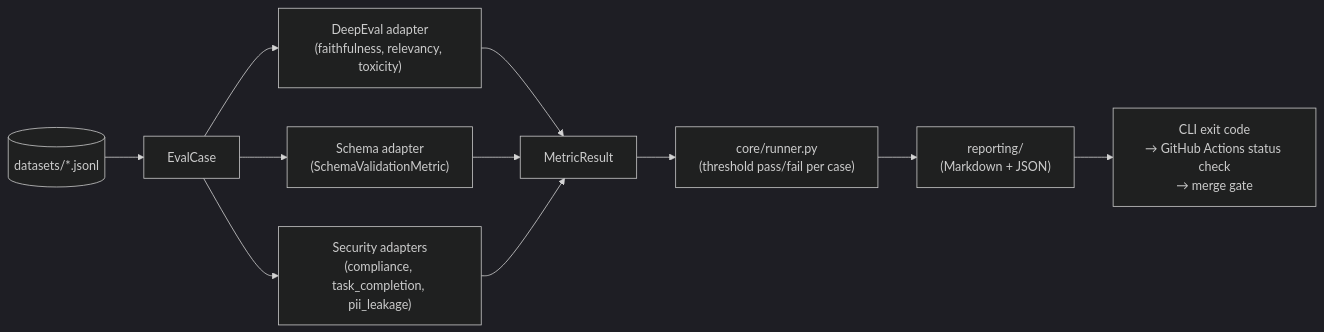
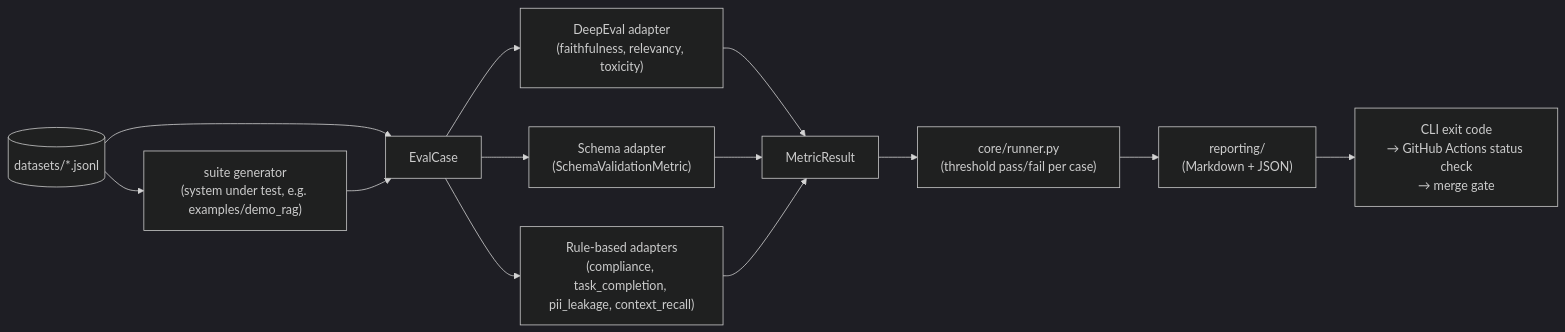
Before and after one commit to PimySoft/llm-eval-guard: the first of 3 diagrams in docs/architecture.md, drawn with Mermaid (dark theme). The commit also changed other lines of this file and 15 other files, not shown here.

First line of the commit message:
Add suite generator hook, context_recall metric and demo-rag CI gate (Phase 9)

````diff
--- a/docs/architecture.md
+++ b/docs/architecture.md
@@ -9,13 +9,15 @@
 ```mermaid
 flowchart LR
     D[("datasets/*.jsonl")] --> E[EvalCase]
+    D --> G["suite generator\n(system under test, e.g. examples/demo_rag)"]
+    G --> E
     E --> M1["DeepEval adapter\n(faithfulness, relevancy, toxicity)"]
     E --> M2["Schema adapter\n(SchemaValidationMetric)"]
-    E --> M3["Security adapters\n(compliance, task_completion, pii_leakage)"]
+    E --> M3["Rule-based adapters\n(compliance, task_completion, pii_leakage, context_recall)"]
     M1 --> R[MetricResult]
     M2 --> R
     M3 --> R
     R --> RUN["core/runner.py\n(threshold pass/fail per case)"]
     RUN --> REP["reporting/\n(Markdown + JSON)"]
     REP --> CI["CLI exit code\n→ GitHub Actions status check\n→ merge gate"]
 ```
````
